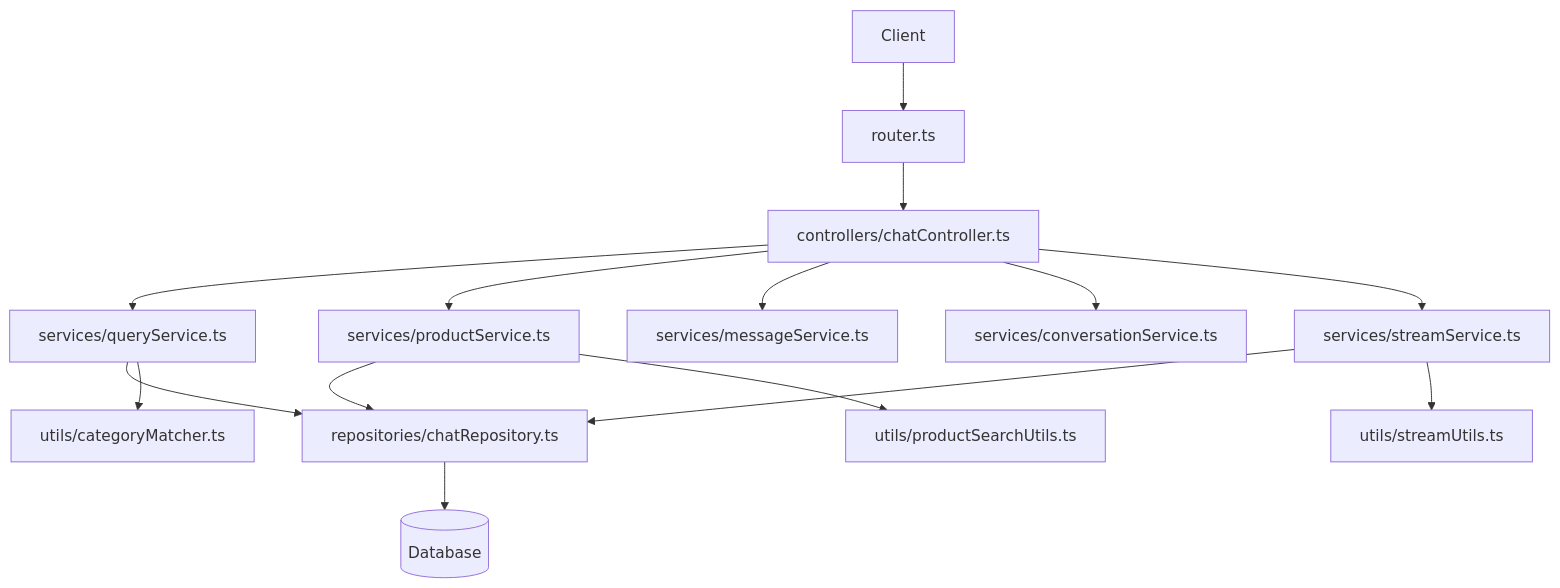
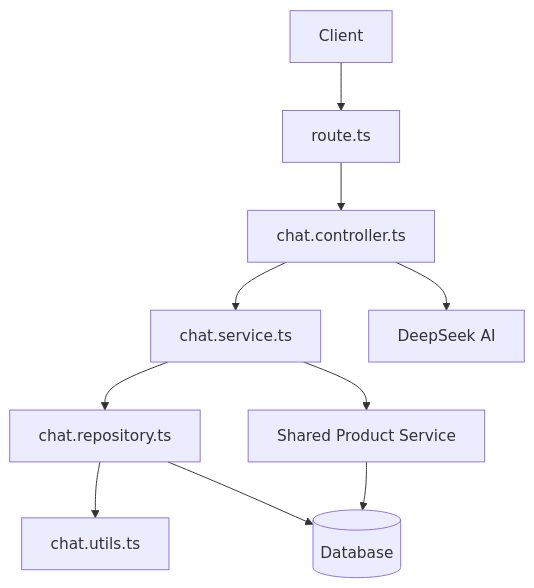
The first of 3 diagrams in apps/shop/src/app/api/chat/README.md (dennisvaga/bodyfuel), drawn with Mermaid before and after one commit. The commit also changed other lines of this file and 18 other files, not shown here.

Commit message:
Refactor chat API: Implement new chat controller, service, and repository structure; remove obsolete stream utilities; enhance product query handling and streaming responses.

````diff
--- a/apps/shop/src/app/api/chat/README.md
+++ b/apps/shop/src/app/api/chat/README.md
@@ -21,17 +22,12 @@
 ```mermaid
 flowchart TD
-    Client[Client] --> Router[router.ts]
-    Router --> Controller[controllers/chatController.ts]
-    Controller --> Service1[services/queryService.ts]
-    Controller --> Service2[services/productService.ts]
-    Controller --> Service3[services/messageService.ts]
-    Controller --> Service4[services/conversationService.ts]
-    Controller --> Service5[services/streamService.ts]
-    Service1 --> Repository[repositories/chatRepository.ts]
-    Service2 --> Repository
-    Service5 --> Repository
-    Service1 --> Utils1[utils/categoryMatcher.ts]
-    Service2 --> Utils2[utils/productSearchUtils.ts]
-    Service5 --> Utils3[utils/streamUtils.ts]
+    Client[Client] --> Route[route.ts]
+    Route --> Controller[chat.controller.ts]
+    Controller --> Service[chat.service.ts]
+    Controller --> AI[DeepSeek AI]
+    Service --> Repository[chat.repository.ts]
+    Service --> ProductService[Shared Product Service]
+    Repository --> Utils[chat.utils.ts]
     Repository --> Database[(Database)]
+    ProductService --> Database
 ```
````
